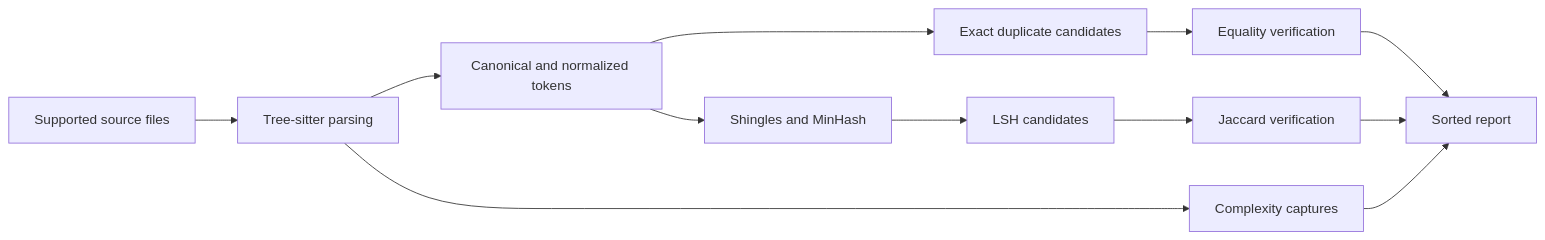
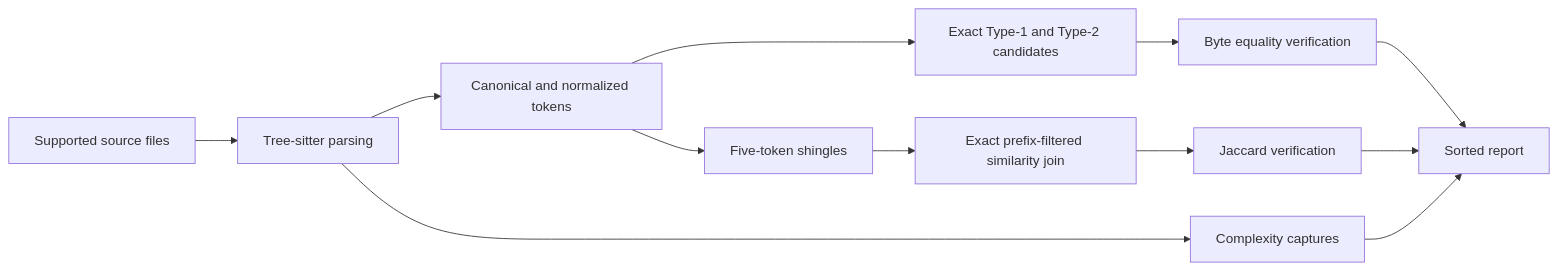
Before and after one commit to EzyGang/aposlop: the diagram in docs/content/concepts/how-it-works.md, drawn with Mermaid. The commit also changed other lines of this file and 16 other files, not shown here.

Commit message:
✨ refactor(detection): use exact similarity join

````diff
--- a/docs/content/concepts/how-it-works.md
+++ b/docs/content/concepts/how-it-works.md
@@ -6,14 +6,14 @@
 ```mermaid
 flowchart LR
   files[Supported source files] --> parse[Tree-sitter parsing]
   parse --> tokens[Canonical and normalized tokens]
-  tokens --> exact[Exact duplicate candidates]
-  tokens --> shingles[Shingles and MinHash]
-  shingles --> lsh[LSH candidates]
-  exact --> verify[Equality verification]
-  lsh --> jaccard[Jaccard verification]
+  tokens --> exact[Exact Type-1 and Type-2 candidates]
+  tokens --> shingles[Five-token shingles]
+  shingles --> join[Exact prefix-filtered similarity join]
+  exact --> verify[Byte equality verification]
+  join --> jaccard[Jaccard verification]
   verify --> report[Sorted report]
   jaccard --> report
   parse --> complexity[Complexity captures]
   complexity --> report
 ```
````
